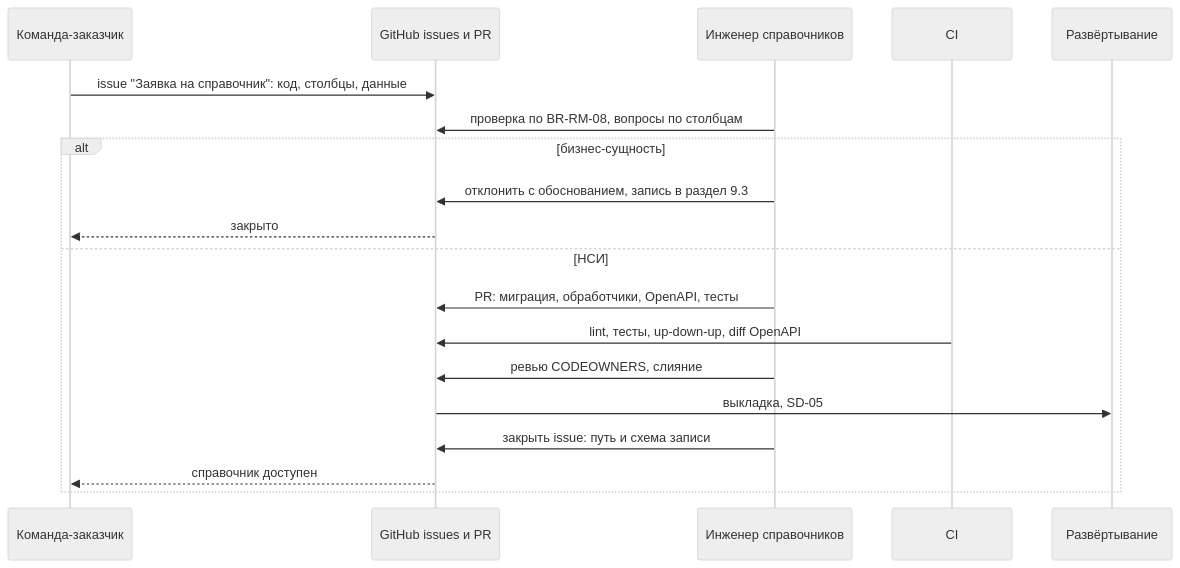
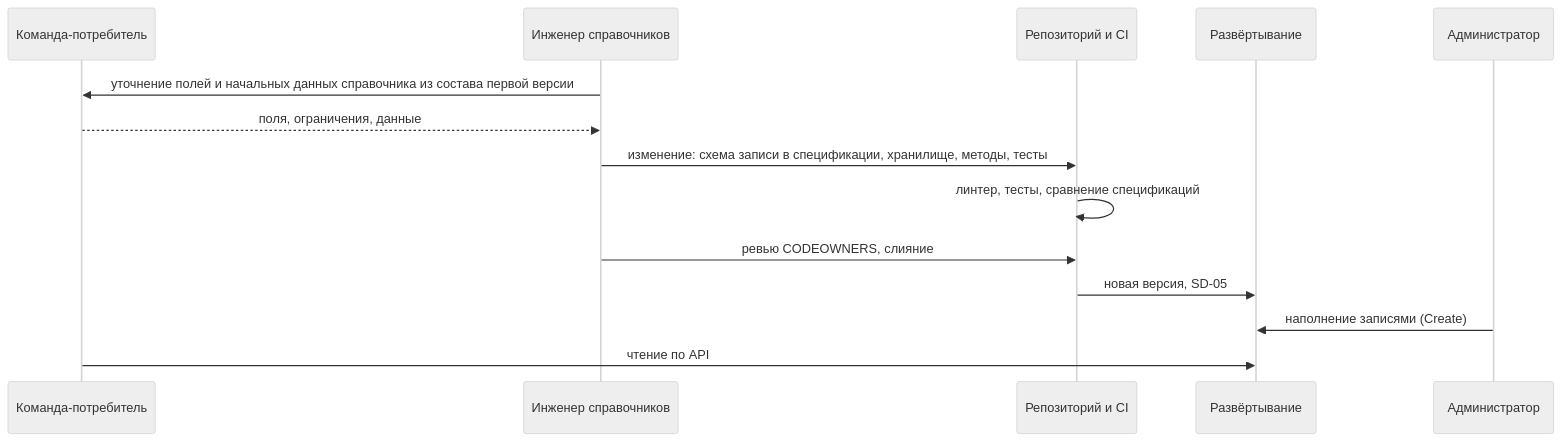
One commit to MEPhI-C22-501/arch-info-system-monorepo changed the sixth of 7 diagrams in reference-manager/docs/block-i-integration-and-deployment/155.sequence-diagrams.md. Above: the diagram before and after it, drawn with Mermaid (neutral theme). The commit also changed other lines of this file and 30 other files, not shown here.

````diff
--- a/reference-manager/docs/block-i-integration-and-deployment/155.sequence-diagrams.md
+++ b/reference-manager/docs/block-i-integration-and-deployment/155.sequence-diagrams.md
@@ -201,21 +195,16 @@
 ```mermaid
 sequenceDiagram
-    participant T as Команда-заказчик
-    participant GH as GitHub issues и PR
+    participant T as Команда-потребитель
     participant E as Инженер справочников
-    participant CI as CI
+    participant GH as Репозиторий и CI
     participant K as Развёртывание
-    T->>GH: issue "Заявка на справочник": код, столбцы, данные
-    E->>GH: проверка по BR-RM-08, вопросы по столбцам
-    alt бизнес-сущность
-        E->>GH: отклонить с обоснованием, запись в раздел 9.3
-        GH-->>T: закрыто
-    else НСИ
-        E->>GH: PR: миграция, обработчики, OpenAPI, тесты
-        CI->>GH: lint, тесты, up-down-up, diff OpenAPI
-        E->>GH: ревью CODEOWNERS, слияние
-        GH->>K: выкладка, SD-05
-        E->>GH: закрыть issue: путь и схема записи
-        GH-->>T: справочник доступен
-    end
+    participant A as Администратор
+    E->>T: уточнение полей и начальных данных справочника из состава первой версии
+    T-->>E: поля, ограничения, данные
+    E->>GH: изменение: схема записи в спецификации, хранилище, методы, тесты
+    GH->>GH: линтер, тесты, сравнение спецификаций
+    E->>GH: ревью CODEOWNERS, слияние
+    GH->>K: новая версия, SD-05
+    A->>K: наполнение записями (Create)
+    T->>K: чтение по API
 ```
````
